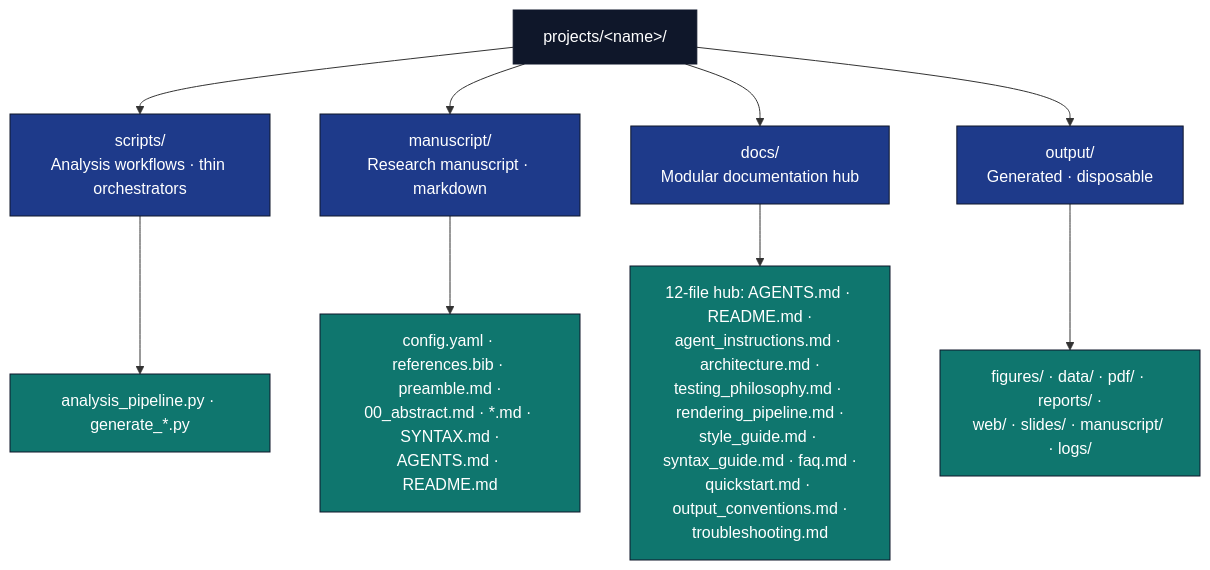
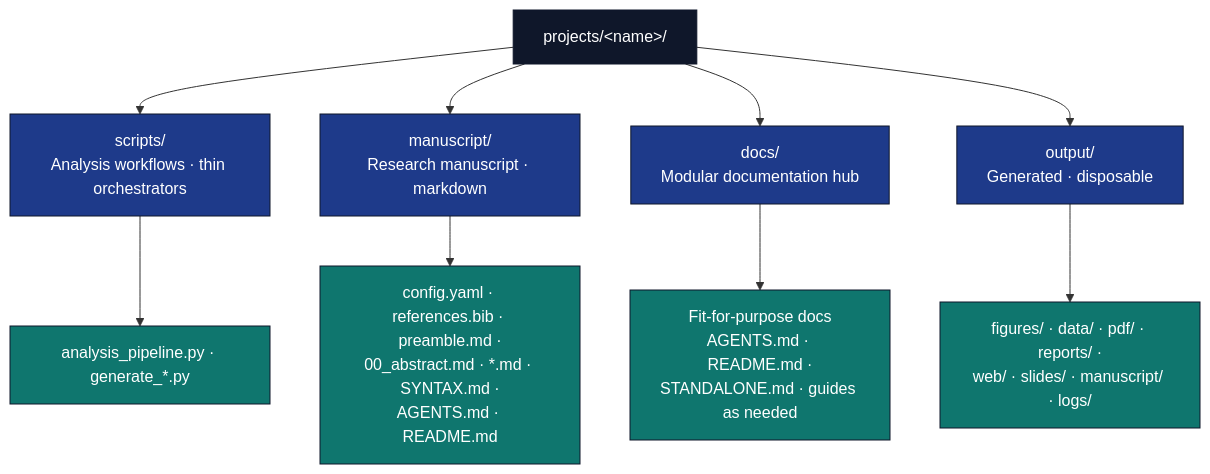
The third of 7 diagrams in projects/AGENTS.md (docxology/template), drawn with Mermaid before and after one commit. The commit also changed other lines of this file and 130 other files, not shown here.

Commit message:
feat(template_active_inference): second deep pass (manuscript/sheaf/roadmap_tracks/visualizations/gates) + STATUS/TO-DO + fork guide + drift checks

````diff
--- a/projects/AGENTS.md
+++ b/projects/AGENTS.md
@@ -180,20 +197,20 @@
 ```mermaid
 flowchart TB
     P[projects/&lt;name&gt;/]
     P --> SC[scripts/<br/>Analysis workflows · thin orchestrators]
     P --> M[manuscript/<br/>Research manuscript · markdown]
     P --> DOCS[docs/<br/>Modular documentation hub]
     P --> OUT[output/<br/>Generated · disposable]
 
     SC --> SC_F[analysis_pipeline.py · generate_*.py]
     M --> M_F[config.yaml · references.bib · preamble.md ·<br/>00_abstract.md · *.md · SYNTAX.md ·<br/>AGENTS.md · README.md]
-    DOCS --> DOCS_F[12-file hub: AGENTS.md · README.md ·<br/>agent_instructions.md · architecture.md ·<br/>testing_philosophy.md · rendering_pipeline.md ·<br/>style_guide.md · syntax_guide.md · faq.md ·<br/>quickstart.md · output_conventions.md ·<br/>troubleshooting.md]
+    DOCS --> DOCS_F[Fit-for-purpose docs<br/>AGENTS.md · README.md ·<br/>STANDALONE.md · guides as needed]
     OUT --> OUT_F[figures/ · data/ · pdf/ · reports/ ·<br/>web/ · slides/ · manuscript/ · logs/]
 
     classDef d fill:#0f172a,stroke:#0f172a,color:#fff
     classDef pkg fill:#1e3a8a,stroke:#0f172a,color:#fff
     classDef f fill:#0f766e,stroke:#0f172a,color:#fff
     class P d
     class SC,M,DOCS,OUT pkg
     class SC_F,M_F,DOCS_F,OUT_F f
 ```
````
